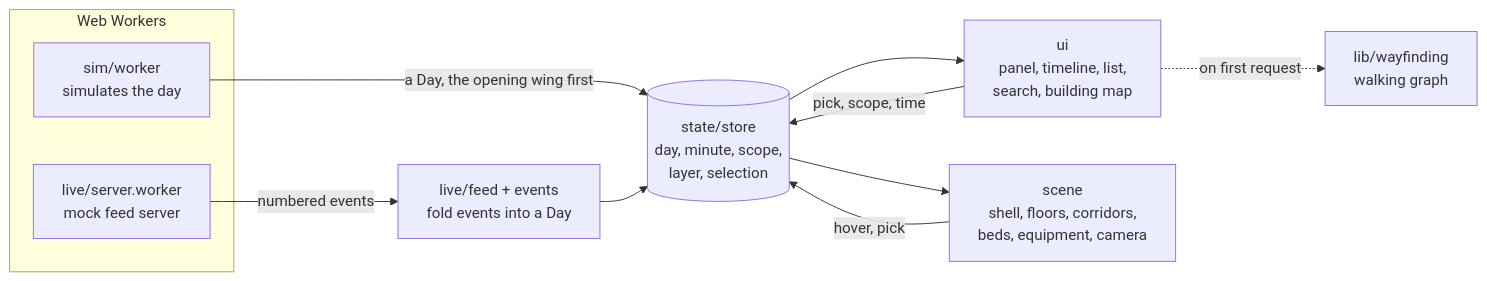
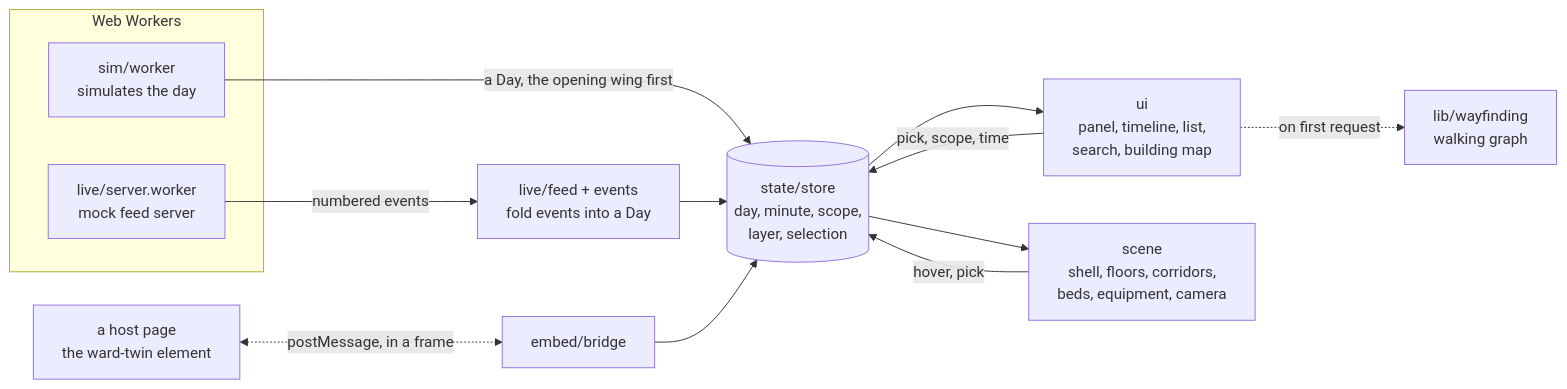
One commit to imsemoo/cutaway changed the diagram in docs/architecture.md. Above: the diagram before and after it, drawn with Mermaid. The commit also changed other lines of this file and 19 other files, not shown here.

````diff
--- a/docs/architecture.md
+++ b/docs/architecture.md
@@ -5,15 +5,17 @@
 ```mermaid
 flowchart LR
   subgraph workers[Web Workers]
     sim[sim/worker<br/>simulates the day]
     server[live/server.worker<br/>mock feed server]
   end
   sim -- a Day, the opening wing first --> store
   server -- numbered events --> feed[live/feed + events<br/>fold events into a Day]
   feed --> store[(state/store<br/>day, minute, scope,<br/>layer, selection)]
   store --> ui[ui<br/>panel, timeline, list,<br/>search, building map]
   store --> scene[scene<br/>shell, floors, corridors,<br/>beds, equipment, camera]
   ui -- pick, scope, time --> store
   scene -- hover, pick --> store
   ui -. on first request .-> wayfinding[lib/wayfinding<br/>walking graph]
+  host[a host page<br/>the ward-twin element] <-. postMessage, in a frame .-> bridge[embed/bridge]
+  bridge --> store
 ```
````
